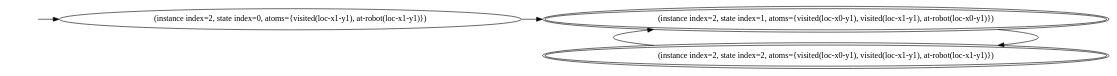
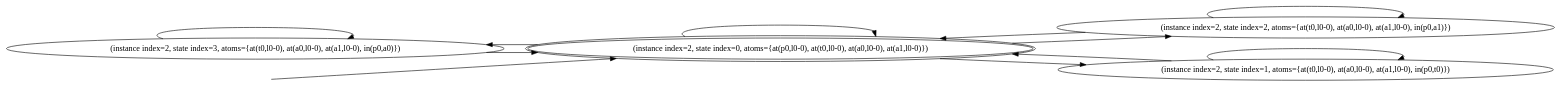
One commit to rakhmanu/sketch-learner changed the diagram in workspace/2.dot. Above: the diagram before and after it, drawn with Graphviz. The commit also changed 965 other files, not shown here.

```diff
--- a/workspace/2.dot
+++ b/workspace/2.dot
@@ -1,18 +1,26 @@
 digraph {
 rankdir="LR"
-s0[label="(instance index=2, state index=0, atoms={visited(loc-x1-y1), at-robot(loc-x1-y1)})"]
-s1[peripheries=2,label="(instance index=2, state index=1, atoms={visited(loc-x0-y1), visited(loc-x1-y1), at-robot(loc-x0-y1)})"]
-s2[peripheries=2,label="(instance index=2, state index=2, atoms={visited(loc-x0-y1), visited(loc-x1-y1), at-robot(loc-x1-y1)})"]
+s3[label="(instance index=2, state index=3, atoms={at(t0,l0-0), at(a0,l0-0), at(a1,l0-0), in(p0,a0)})"]
+s2[label="(instance index=2, state index=2, atoms={at(t0,l0-0), at(a0,l0-0), at(a1,l0-0), in(p0,a1)})"]
+s1[label="(instance index=2, state index=1, atoms={at(t0,l0-0), at(a0,l0-0), at(a1,l0-0), in(p0,t0)})"]
+s0[peripheries=2,label="(instance index=2, state index=0, atoms={at(p0,l0-0), at(t0,l0-0), at(a0,l0-0), at(a1,l0-0)})"]
 Dangling [ label = "", style = invis ]
 { rank = same; Dangling }
 Dangling -> s0
 { rank = same; s0}
-{ rank = same; s1,s2}
+{ rank = same; s0}
 {
-s0->s1
+s3->s3
+s3->s0
+s2->s2
+s2->s0
+s1->s1
+s1->s0
 }
 {
-s1->s2
-s2->s1
+s0->s3
+s0->s2
+s0->s1
+s0->s0
 }
 }
```
